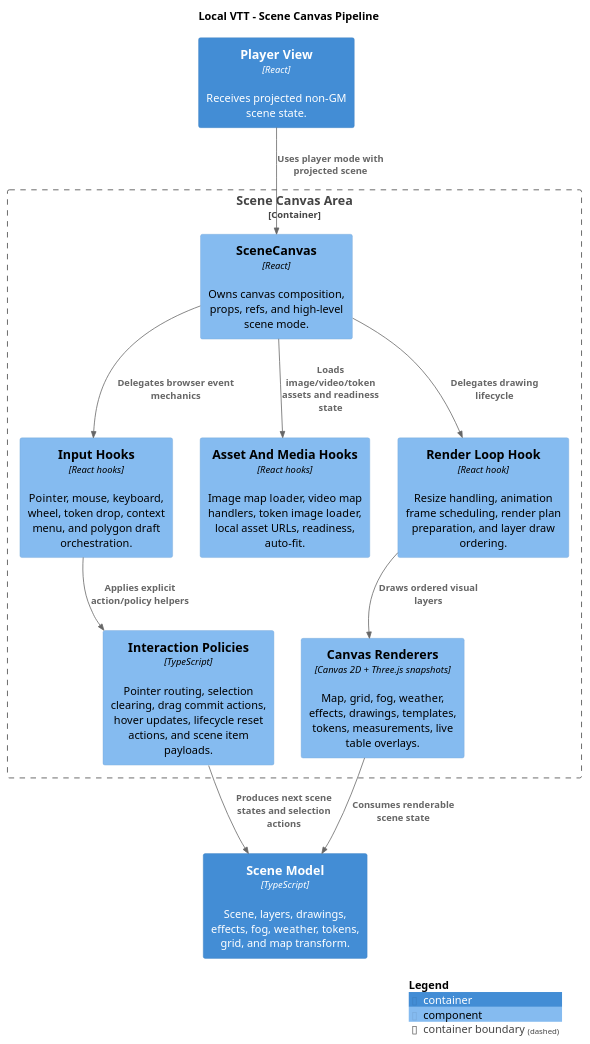
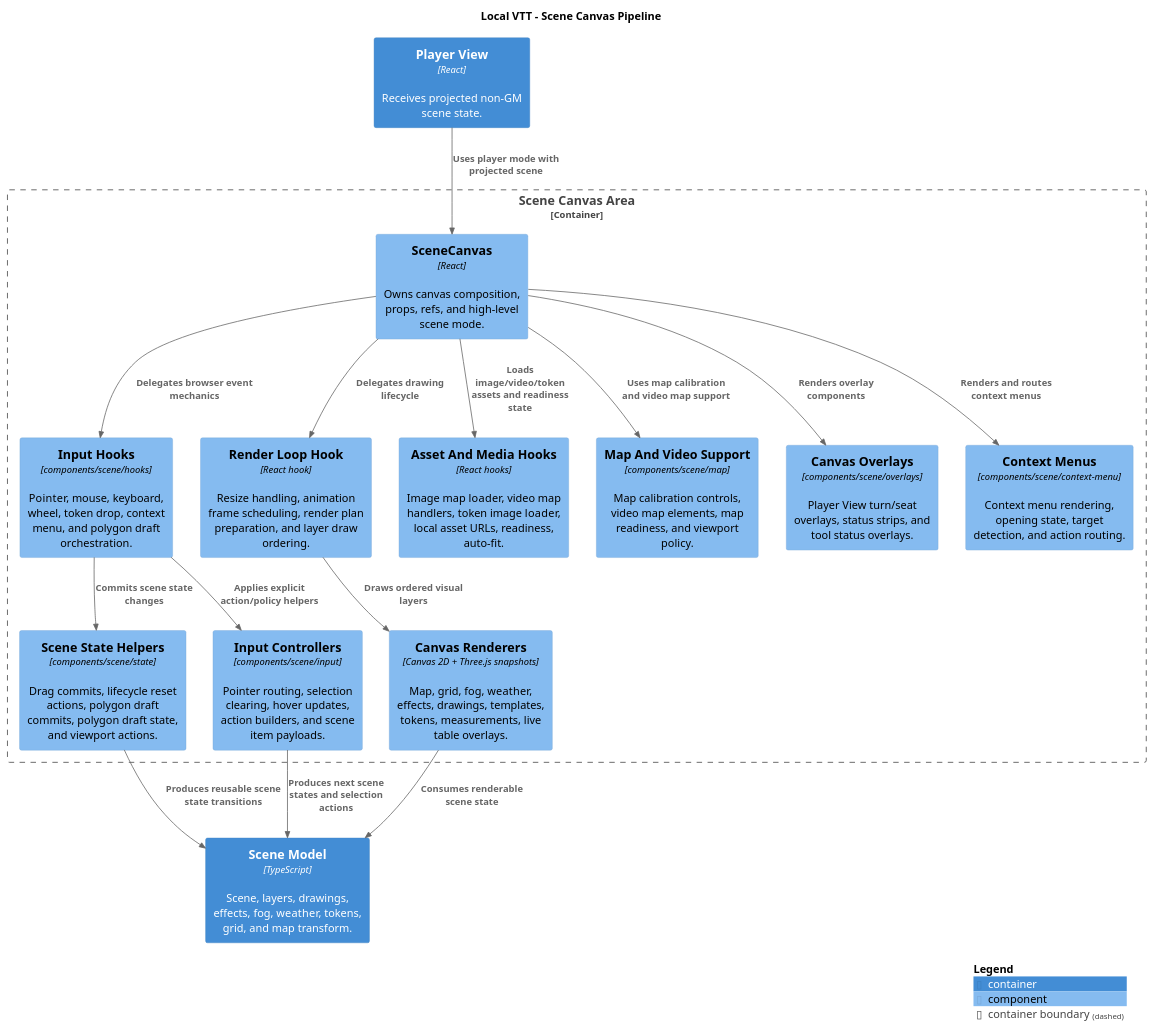
One commit to errorsallthethings/Local-VTT changed the fifth of 12 diagrams in docs/diagrams/plantuml.md. Above: the diagram before and after it, drawn with PlantUML. The commit also changed other lines of this file and 3 other files, not shown here.

Commit message:
docs: update README and architecture documentation for clarity; refine asset handling details in diagrams

````diff
--- a/docs/diagrams/plantuml.md
+++ b/docs/diagrams/plantuml.md
@@ -167,36 +176,46 @@
 ```plantuml
 @startuml
 !includeurl https://raw.githubusercontent.com/plantuml-stdlib/C4-PlantUML/master/C4_Component.puml
 
 title Local VTT - Scene Canvas Pipeline
 
 Container_Boundary(sceneCanvas, "Scene Canvas Area") {
   Component(sceneCanvasComponent, "SceneCanvas", "React", "Owns canvas composition, props, refs, and high-level scene mode.")
-  Component(inputHooks, "Input Hooks", "React hooks", "Pointer, mouse, keyboard, wheel, token drop, context menu, and polygon draft orchestration.")
-  Component(policyHelpers, "Interaction Policies", "TypeScript", "Pointer routing, selection clearing, drag commit actions, hover updates, lifecycle reset actions, and scene item payloads.")
+  Component(inputHooks, "Input Hooks", "components/scene/hooks", "Pointer, mouse, keyboard, wheel, token drop, context menu, and polygon draft orchestration.")
+  Component(policyHelpers, "Input Controllers", "components/scene/input", "Pointer routing, selection clearing, hover updates, action builders, and scene item payloads.")
+  Component(stateHelpers, "Scene State Helpers", "components/scene/state", "Drag commits, lifecycle reset actions, polygon draft commits, polygon draft state, and viewport actions.")
+  Component(mapSupport, "Map And Video Support", "components/scene/map", "Map calibration controls, video map elements, map readiness, and viewport policy.")
+  Component(overlays, "Canvas Overlays", "components/scene/overlays", "Player View turn/seat overlays, status strips, and tool status overlays.")
+  Component(contextMenus, "Context Menus", "components/scene/context-menu", "Context menu rendering, opening state, target detection, and action routing.")
   Component(renderHook, "Render Loop Hook", "React hook", "Resize handling, animation frame scheduling, render plan preparation, and layer draw ordering.")
   Component(renderers, "Canvas Renderers", "Canvas 2D + Three.js snapshots", "Map, grid, fog, weather, effects, drawings, templates, tokens, measurements, live table overlays.")
   Component(assetHooks, "Asset And Media Hooks", "React hooks", "Image map loader, video map handlers, token image loader, local asset URLs, readiness, auto-fit.")
 }
 
 Container(sharedModel, "Scene Model", "TypeScript", "Scene, layers, drawings, effects, fog, weather, tokens, grid, and map transform.")
 Container(playerView, "Player View", "React", "Receives projected non-GM scene state.")
 
 Rel(sceneCanvasComponent, inputHooks, "Delegates browser event mechanics")
 Rel(inputHooks, policyHelpers, "Applies explicit action/policy helpers")
+Rel(inputHooks, stateHelpers, "Commits scene state changes")
+Rel(sceneCanvasComponent, mapSupport, "Uses map calibration and video map support")
+Rel(sceneCanvasComponent, overlays, "Renders overlay components")
+Rel(sceneCanvasComponent, contextMenus, "Renders and routes context menus")
 Rel(sceneCanvasComponent, renderHook, "Delegates drawing lifecycle")
 Rel(renderHook, renderers, "Draws ordered visual layers")
 Rel(sceneCanvasComponent, assetHooks, "Loads image/video/token assets and readiness state")
 Rel(policyHelpers, sharedModel, "Produces next scene states and selection actions")
+Rel(stateHelpers, sharedModel, "Produces reusable scene state transitions")
 Rel(renderers, sharedModel, "Consumes renderable scene state")
 Rel(playerView, sceneCanvasComponent, "Uses player mode with projected scene")
 
 Lay_D(sceneCanvasComponent, inputHooks)
 Lay_D(inputHooks, policyHelpers)
+Lay_R(inputHooks, stateHelpers)
 Lay_R(sceneCanvasComponent, renderHook)
 Lay_D(renderHook, renderers)
 Lay_R(sceneCanvasComponent, assetHooks)
 
 SHOW_LEGEND()
 @enduml
 ```
````
